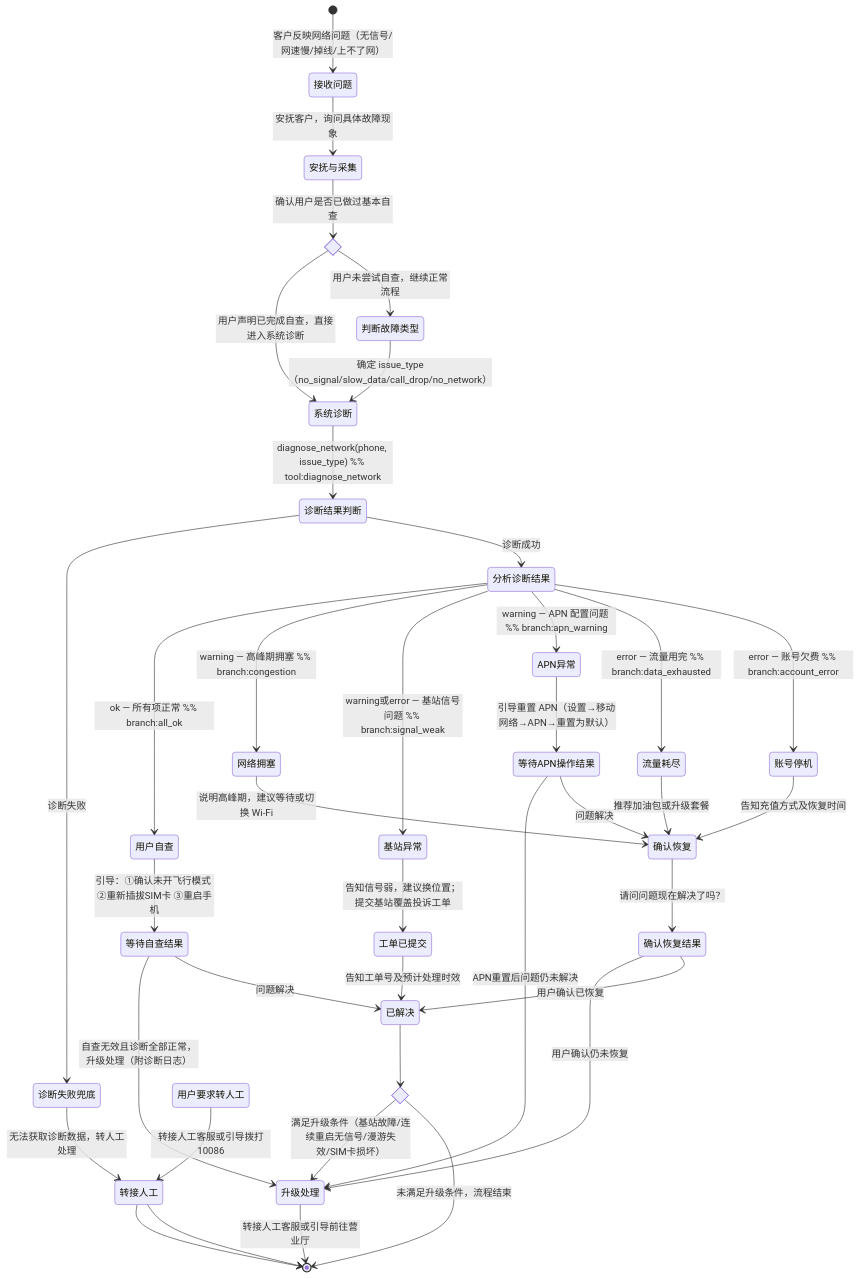
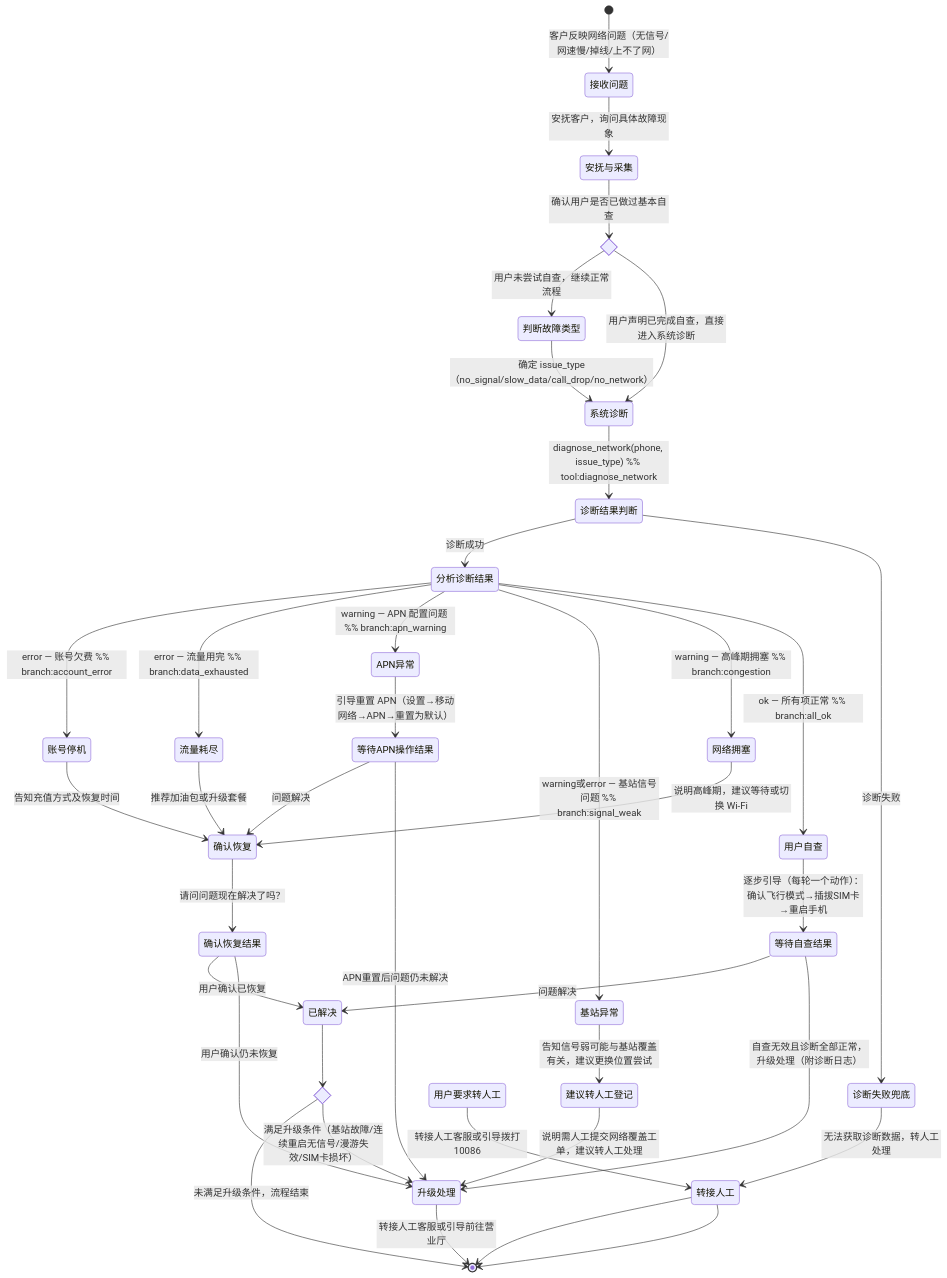
The diagram in backend/skills/biz-skills/fault-diagnosis/SKILL.md (cacling/ai-bot), drawn with Mermaid before and after one commit. The commit also changed other lines of this file and 7 other files, not shown here.

````diff
--- a/backend/skills/biz-skills/fault-diagnosis/SKILL.md
+++ b/backend/skills/biz-skills/fault-diagnosis/SKILL.md
@@ -123,59 +125,59 @@
 ```mermaid
 stateDiagram-v2
     [*] --> 接收问题: 客户反映网络问题（无信号/网速慢/掉线/上不了网）
     接收问题 --> 安抚与采集: 安抚客户，询问具体故障现象
 
     state 已尝试自查 <<choice>>
     安抚与采集 --> 已尝试自查: 确认用户是否已做过基本自查
     已尝试自查 --> 判断故障类型: 用户未尝试自查，继续正常流程
     已尝试自查 --> 系统诊断: 用户声明已完成自查，直接进入系统诊断
 
     判断故障类型 --> 系统诊断: 确定 issue_type（no_signal/slow_data/call_drop/no_network）
     系统诊断 --> 诊断结果判断: diagnose_network(phone, issue_type) %% tool:diagnose_network
 
     state 诊断结果判断 <<choice>>
     诊断结果判断 --> 分析诊断结果: 诊断成功
     诊断结果判断 --> 诊断失败兜底: 诊断失败
 
     诊断失败兜底 --> 转接人工: 无法获取诊断数据，转人工处理
     转接人工 --> [*]
 
     state 分析诊断结果 <<choice>>
     分析诊断结果 --> 账号停机: error — 账号欠费 %% branch:account_error
     分析诊断结果 --> 流量耗尽: error — 流量用完 %% branch:data_exhausted
     分析诊断结果 --> APN异常: warning — APN 配置问题 %% branch:apn_warning
     分析诊断结果 --> 基站异常: warning或error — 基站信号问题 %% branch:signal_weak
     分析诊断结果 --> 网络拥塞: warning — 高峰期拥塞 %% branch:congestion
     分析诊断结果 --> 用户自查: ok — 所有项正常 %% branch:all_ok
 
     账号停机 --> 确认恢复: 告知充值方式及恢复时间
     流量耗尽 --> 确认恢复: 推荐加油包或升级套餐
     网络拥塞 --> 确认恢复: 说明高峰期，建议等待或切换 Wi-Fi
 
     APN异常 --> 等待APN操作结果: 引导重置 APN（设置→移动网络→APN→重置为默认）
     state 等待APN操作结果 <<choice>>
     等待APN操作结果 --> 确认恢复: 问题解决
     等待APN操作结果 --> 升级处理: APN重置后问题仍未解决
 
-    基站异常 --> 工单已提交: 告知信号弱，建议换位置；提交基站覆盖投诉工单
-    工单已提交 --> 已解决: 告知工单号及预计处理时效
+    基站异常 --> 建议转人工登记: 告知信号弱可能与基站覆盖有关，建议更换位置尝试
+    建议转人工登记 --> 升级处理: 说明需人工提交网络覆盖工单，建议转人工处理
 
     确认恢复 --> 确认恢复结果: 请问问题现在解决了吗？
     state 确认恢复结果 <<choice>>
     确认恢复结果 --> 已解决: 用户确认已恢复
     确认恢复结果 --> 升级处理: 用户确认仍未恢复
 
-    用户自查 --> 等待自查结果: 引导：①确认未开飞行模式 ②重新插拔SIM卡 ③重启手机
+    用户自查 --> 等待自查结果: 逐步引导（每轮一个动作）：确认飞行模式→插拔SIM卡→重启手机
     state 等待自查结果 <<choice>>
     等待自查结果 --> 已解决: 问题解决
     等待自查结果 --> 升级处理: 自查无效且诊断全部正常，升级处理（附诊断日志）
 
     state 升级判断 <<choice>>
     已解决 --> 升级判断
     升级判断 --> [*]: 未满足升级条件，流程结束
     升级判断 --> 升级处理: 满足升级条件（基站故障/连续重启无信号/漫游失效/SIM卡损坏）
     升级处理 --> [*]: 转接人工客服或引导前往营业厅
 
     用户要求转人工 --> 转接人工: 转接人工客服或引导拨打10086
     转接人工 --> [*]
 ```
````
